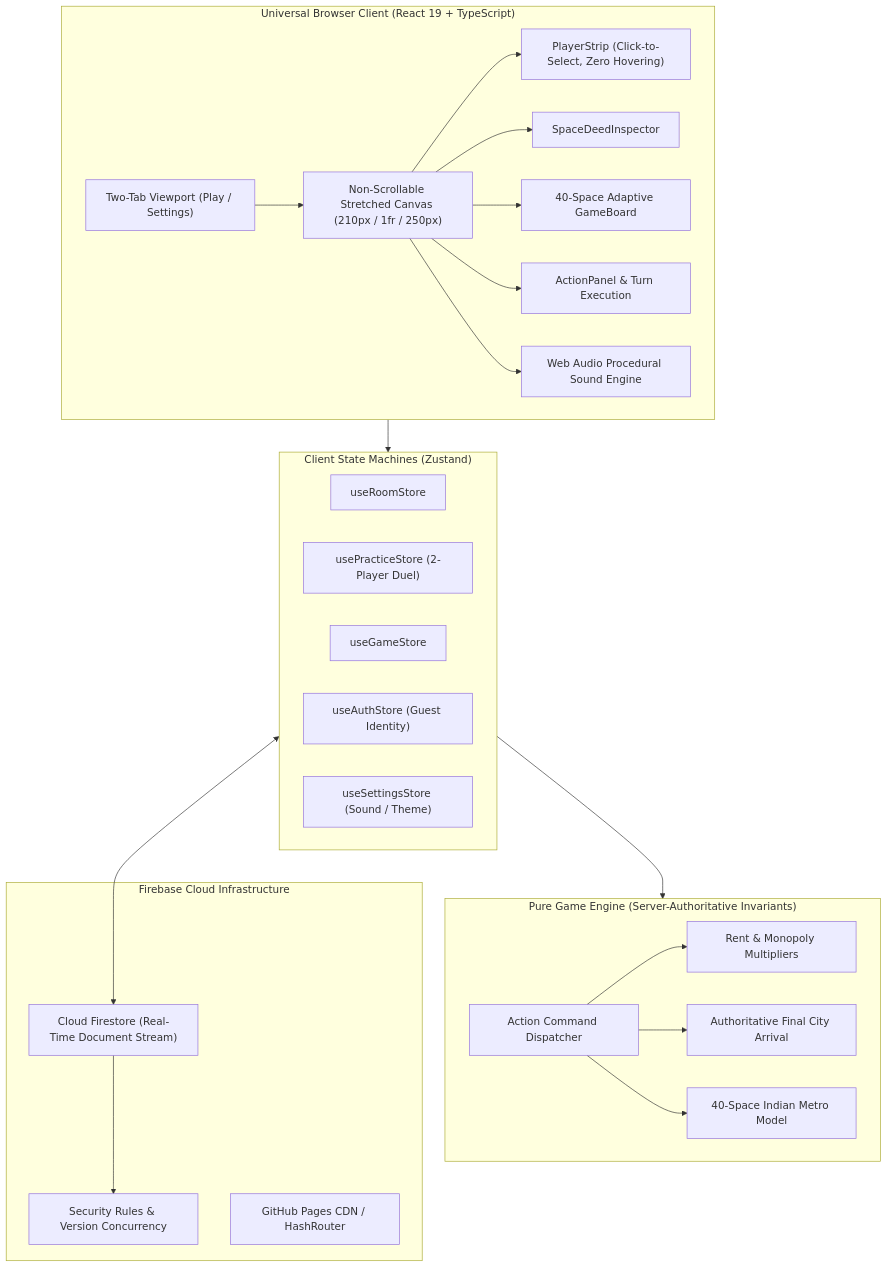
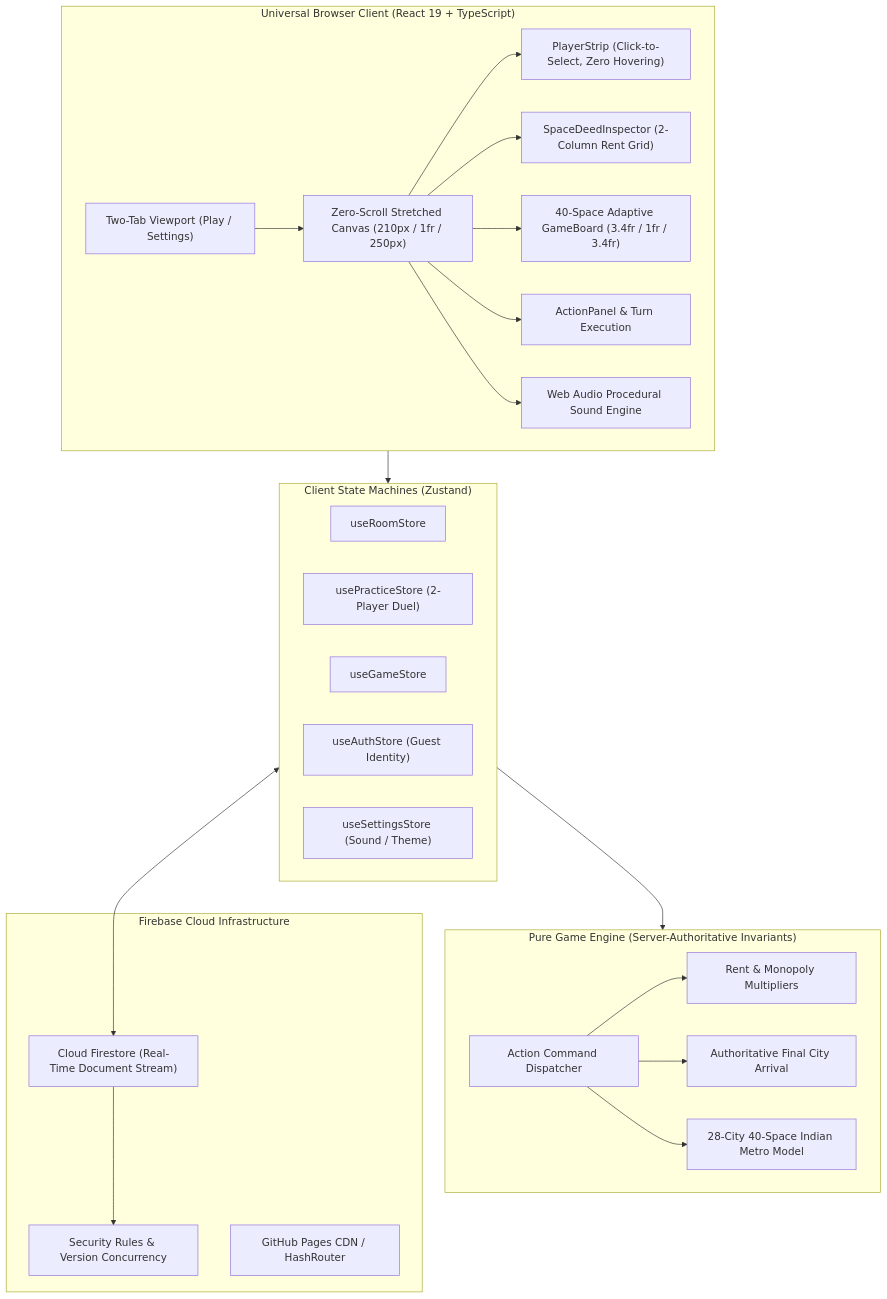
Before and after one commit to K-692/Monopoly-India-Game: the diagram in README.md, drawn with Mermaid. The commit also changed other lines of this file and 9 other files, not shown here.

Commit message:
feat: 28-city 40-space board (7 per side), 2 civic & 2 market decks, zero-scroll game tab, enlarged cells

````diff
--- a/README.md
+++ b/README.md
@@ -101,47 +103,47 @@
 ```mermaid
 flowchart TD
     subgraph BrowserClient["Universal Browser Client (React 19 + TypeScript)"]
         UI["Two-Tab Viewport (Play / Settings)"]
-        Canvas["Non-Scrollable Stretched Canvas (210px / 1fr / 250px)"]
-        Board["40-Space Adaptive GameBoard"]
+        Canvas["Zero-Scroll Stretched Canvas (210px / 1fr / 250px)"]
+        Board["40-Space Adaptive GameBoard (3.4fr / 1fr / 3.4fr)"]
         PlayerPanel["PlayerStrip (Click-to-Select, Zero Hovering)"]
-        DeedInspector["SpaceDeedInspector"]
+        DeedInspector["SpaceDeedInspector (2-Column Rent Grid)"]
         ActionControls["ActionPanel & Turn Execution"]
         Audio["Web Audio Procedural Sound Engine"]
         UI --> Canvas
         Canvas --> PlayerPanel
         Canvas --> DeedInspector
         Canvas --> Board
         Canvas --> ActionControls
         Canvas --> Audio
     end
 
     subgraph StateManagement["Client State Machines (Zustand)"]
         RoomStore["useRoomStore"]
         PracticeStore["usePracticeStore (2-Player Duel)"]
         GameStore["useGameStore"]
         AuthStore["useAuthStore (Guest Identity)"]
         SettingsStore["useSettingsStore (Sound / Theme)"]
     end
 
     subgraph CoreEngine["Pure Game Engine (Server-Authoritative Invariants)"]
         ActionValidator["Action Command Dispatcher"]
         RentCalculator["Rent & Monopoly Multipliers"]
         DirectDestination["Authoritative Final City Arrival"]
-        BoardTopology["40-Space Indian Metro Model"]
+        BoardTopology["28-City 40-Space Indian Metro Model"]
         ActionValidator --> RentCalculator
         ActionValidator --> DirectDestination
         ActionValidator --> BoardTopology
     end
 
     subgraph CloudBackend["Firebase Cloud Infrastructure"]
         Firestore["Cloud Firestore (Real-Time Document Stream)"]
         SecurityRules["Security Rules & Version Concurrency"]
         Hosting["GitHub Pages CDN / HashRouter"]
     end
 
     BrowserClient --> StateManagement
     StateManagement --> CoreEngine
     StateManagement <--> Firestore
     Firestore --> SecurityRules
 ```
````
